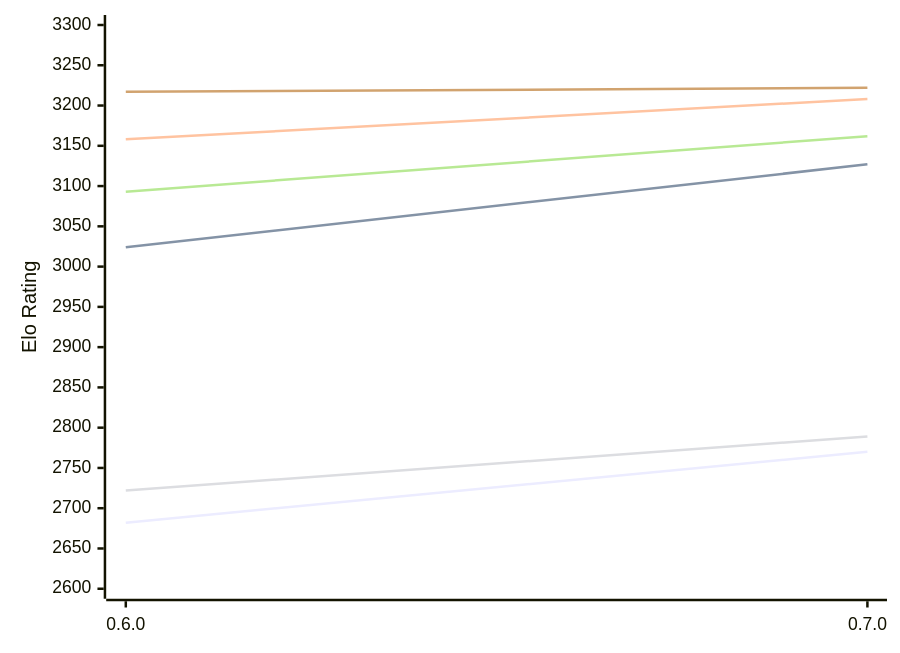
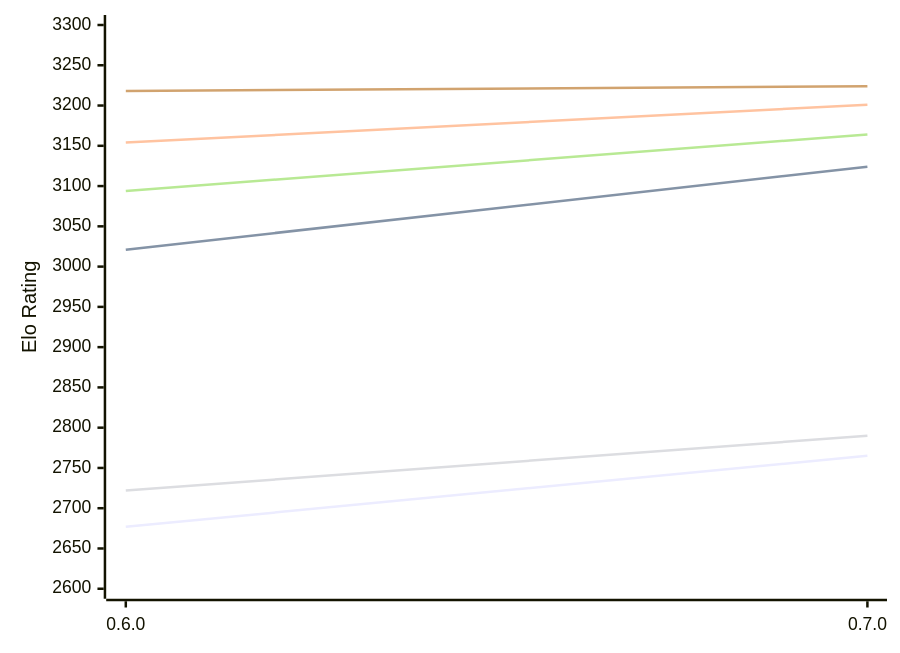
Before and after one commit to computer-chess-index/cci: the first of 2 diagrams in engines/AteNika.md, drawn with Mermaid. The commit also changed other lines of this file, not shown here.

Commit message:
Update CCI Ratings (ELO VLTC) - 2026-11-09

````diff
--- a/engines/AteNika.md
+++ b/engines/AteNika.md
@@ -52,12 +52,12 @@
 ```mermaid
 %%{init: {"theme":"base","themeVariables":{"seriesColors:['#a3a3a3','#222221','#faa371']}}}%%
 xychart-beta
   x-axis ["0.6.0", "0.7.0"]
   y-axis "Elo Rating" 2600 --> 3300
-  line "E1: STC (8.0+0.08s)" [2682, 2770]
-  line "E1: LTC (60.0+0.60s)" [3024, 3127]
-  line "E1: VLTC (2m24s+1.12s)" [3158, 3208]
-  line "P1: STC (8.0+0.08s)" [2722, 2789]
-  line "P1: LTC (60.0+0.60s)" [3093, 3162]
-  line "P1: VLTC (2m24s+1.12s)" [3217, 3222]
+  line "E1: STC (8.0+0.08s)" [2677, 2765]
+  line "E1: LTC (60.0+0.60s)" [3021, 3124]
+  line "E1: VLTC (2m24s+1.12s)" [3154, 3201]
+  line "P1: STC (8.0+0.08s)" [2722, 2790]
+  line "P1: LTC (60.0+0.60s)" [3094, 3164]
+  line "P1: VLTC (2m24s+1.12s)" [3218, 3224]
 ```
````
